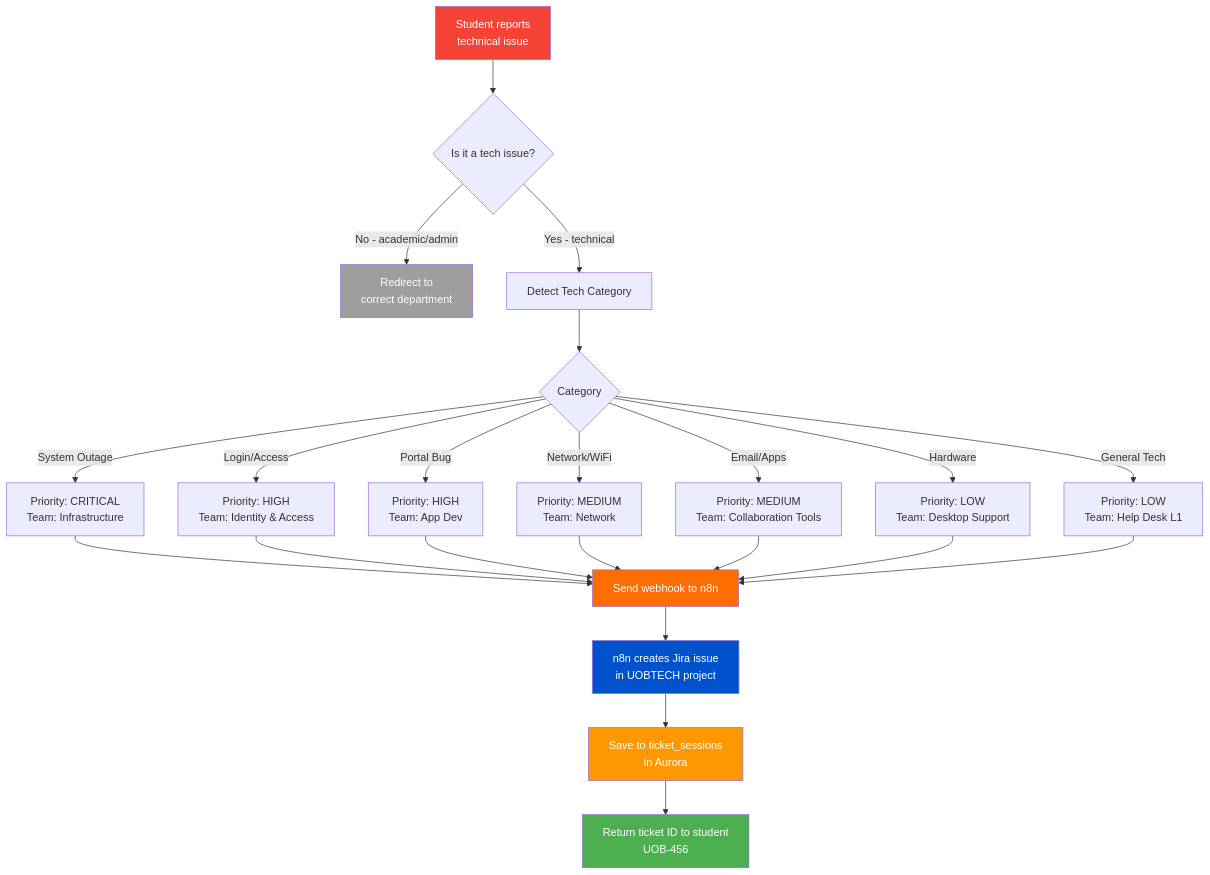
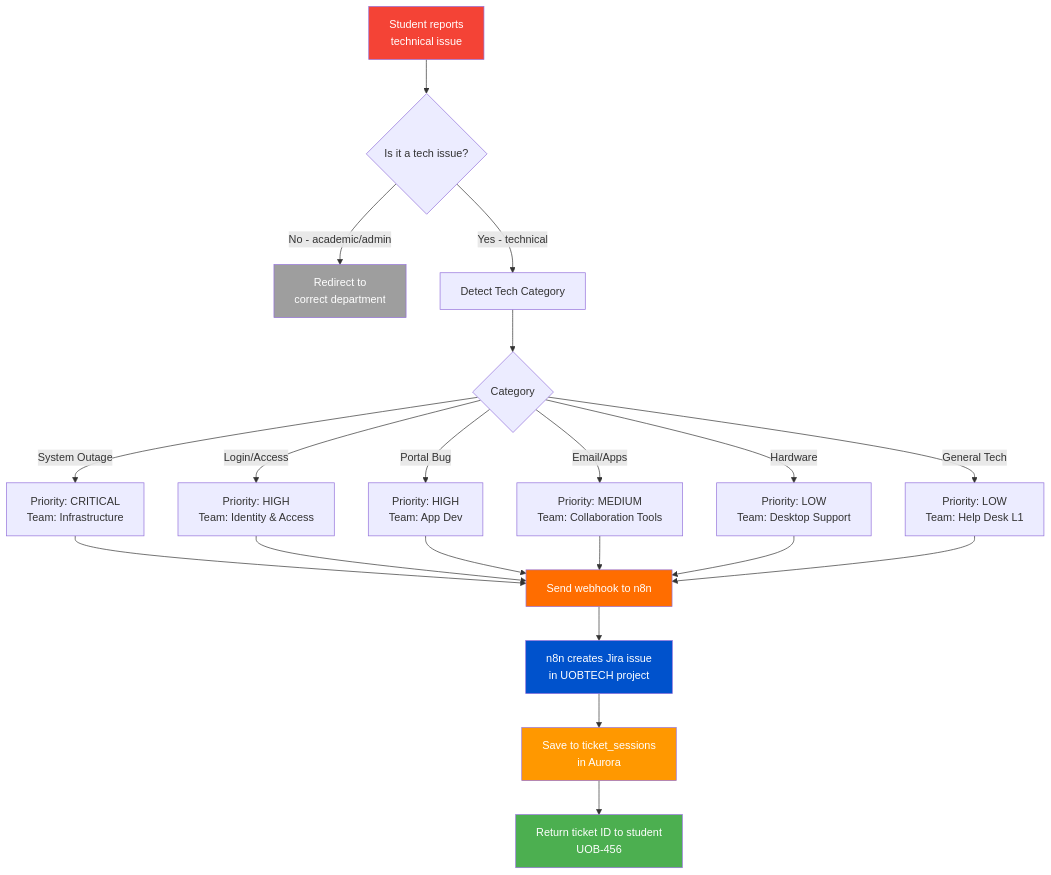
The fifth of 13 diagrams in ARCHITECTURE.md (xAbdullaShaker/Jira-AI), drawn with Mermaid before and after one commit. The commit also changed other lines of this file and 1 other file, not shown here.

Commit message:
Remove network/WiFi from tech support categories
No network support team exists. Removed WiFi/network from:
- Tech support categories and routing tables
- Detection keywords (Arabic and English)
- Architecture diagrams and IT teams
- Example scenarios (replaced WiFi with email issue)

````diff
--- a/ARCHITECTURE.md
+++ b/ARCHITECTURE.md
@@ -143,29 +143,28 @@
 ```mermaid
 flowchart TD
     A[Student reports\ntechnical issue] --> B{Is it a tech issue?}
     
     B -->|No - academic/admin| C[Redirect to\ncorrect department]
     B -->|Yes - technical| D[Detect Tech Category]
     
     D --> E{Category}
     E -->|System Outage| F[Priority: CRITICAL\nTeam: Infrastructure]
     E -->|Login/Access| G[Priority: HIGH\nTeam: Identity & Access]
     E -->|Portal Bug| H[Priority: HIGH\nTeam: App Dev]
-    E -->|Network/WiFi| I[Priority: MEDIUM\nTeam: Network]
-    E -->|Email/Apps| J[Priority: MEDIUM\nTeam: Collaboration Tools]
-    E -->|Hardware| K[Priority: LOW\nTeam: Desktop Support]
-    E -->|General Tech| L[Priority: LOW\nTeam: Help Desk L1]
+    E -->|Email/Apps| I[Priority: MEDIUM\nTeam: Collaboration Tools]
+    E -->|Hardware| J[Priority: LOW\nTeam: Desktop Support]
+    E -->|General Tech| K[Priority: LOW\nTeam: Help Desk L1]
     
-    F & G & H & I & J & K & L --> M[Send webhook to n8n]
+    F & G & H & I & J & K --> M[Send webhook to n8n]
     
     M --> N[n8n creates Jira issue\nin UOBTECH project]
     N --> O[Save to ticket_sessions\nin Aurora]
     O --> P[Return ticket ID to student\nUOB-456]
 
     style A fill:#f44336,color:#fff
     style C fill:#9E9E9E,color:#fff
     style M fill:#FF6D00,color:#fff
     style N fill:#0052CC,color:#fff
     style O fill:#FF9800,color:#fff
     style P fill:#4CAF50,color:#fff
 ```
````
